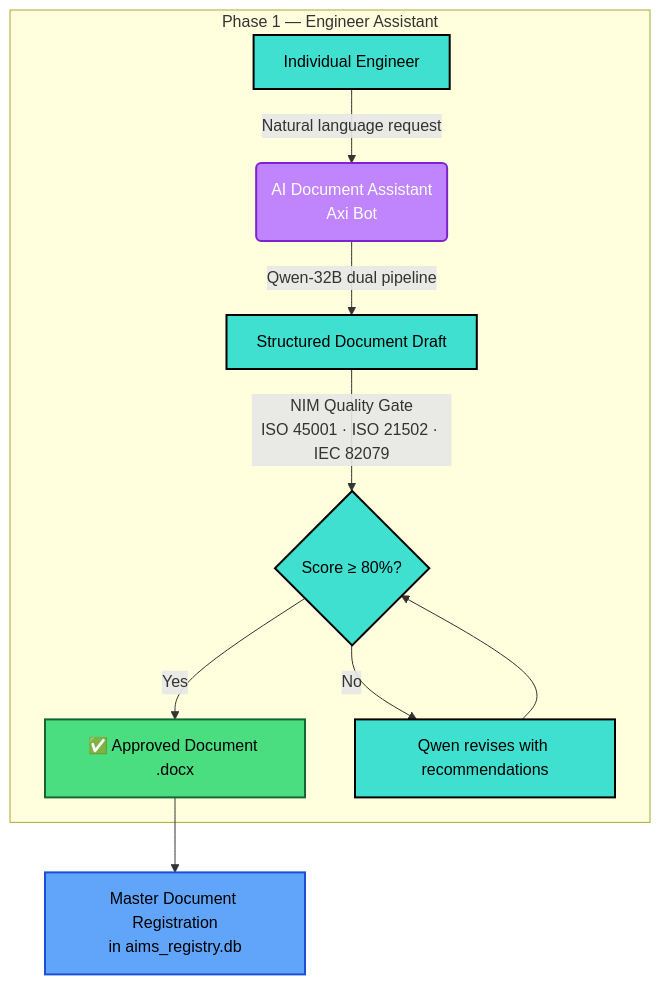
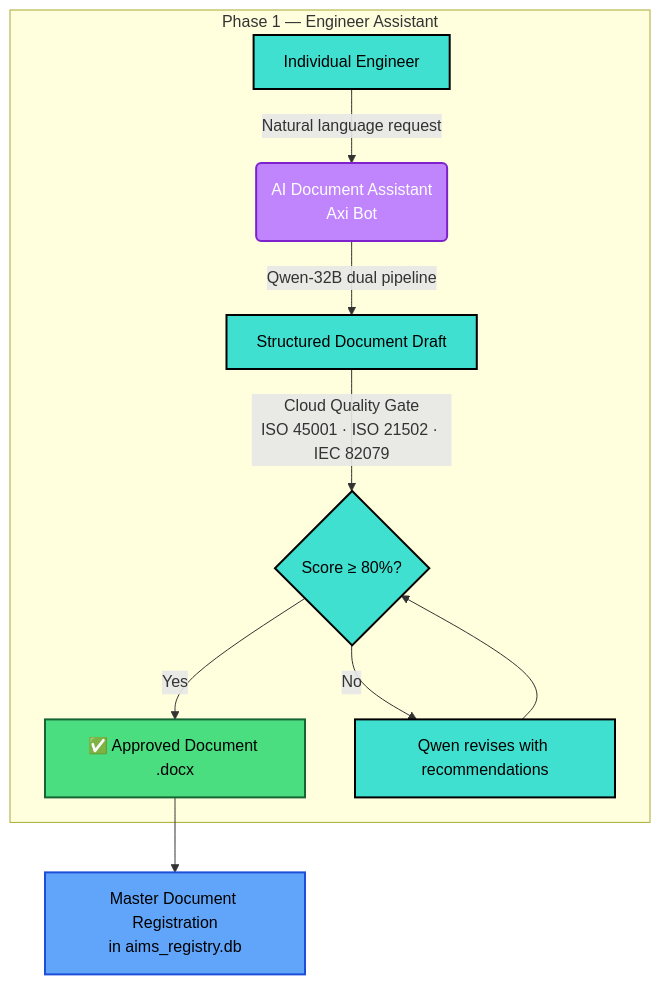
The eighth of 12 diagrams in README.md (AxiOMSphereAssistanceAIMS/AxiOMSphere), drawn with Mermaid before and after one commit. The commit also changed other lines of this file, not shown here.

````diff
--- a/README.md
+++ b/README.md
@@ -550,17 +590,17 @@
 ```mermaid
 graph TD
     subgraph "Phase 1 — Engineer Assistant"
         A[Individual Engineer] -->|Natural language request| B("AI Document Assistant\nAxi Bot")
         B -->|"Qwen-32B dual pipeline"| C[Structured Document Draft]
-        C -->|"NIM Quality Gate\nISO 45001 · ISO 21502 · IEC 82079"| D{"Score ≥ 80%?"}
+        C -->|"Cloud Quality Gate\nISO 45001 · ISO 21502 · IEC 82079"| D{"Score ≥ 80%?"}
         D -->|Yes| E["✅ Approved Document .docx"]
         D -->|No| F[Qwen revises with recommendations]
         F --> D
     end
     E --> L["Master Document Registration\nin aims_registry.db"]
 
     style B fill:#c084fc,stroke:#7e22ce,stroke-width:2px,color:#fff
     style E fill:#4ade80,stroke:#166534,stroke-width:2px
     style L fill:#60a5fa,stroke:#1d4ed8,stroke-width:2px
     classDef default fill:#40E0D0,stroke:#000,stroke-width:2px,color:#000;
 ```
````
